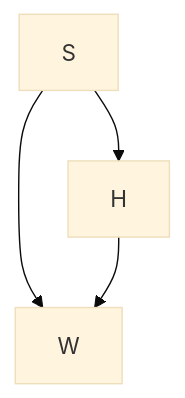
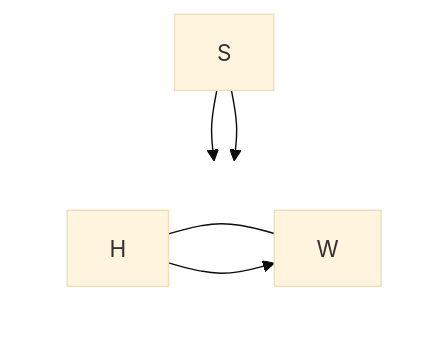
Before and after one commit to cmcntsh/StatBayesAnalysisChecklist: the second of 2 diagrams in README.md, drawn with Mermaid (base theme). The commit also changed other lines of this file, not shown here.

First line of the commit message:
Refactor README by removing old mermaid diagrams

````diff
--- a/README.md
+++ b/README.md
@@ -36,6 +15,13 @@
 ```mermaid
 graph TD
+    subgraph top [ ]
+        direction LR
+        H --- W
+    end
     S --> H
     S --> W
     H --> W
+    
+    %% Styling to hide the subgraph container
+    style top fill:none,stroke:none
 ```
````
